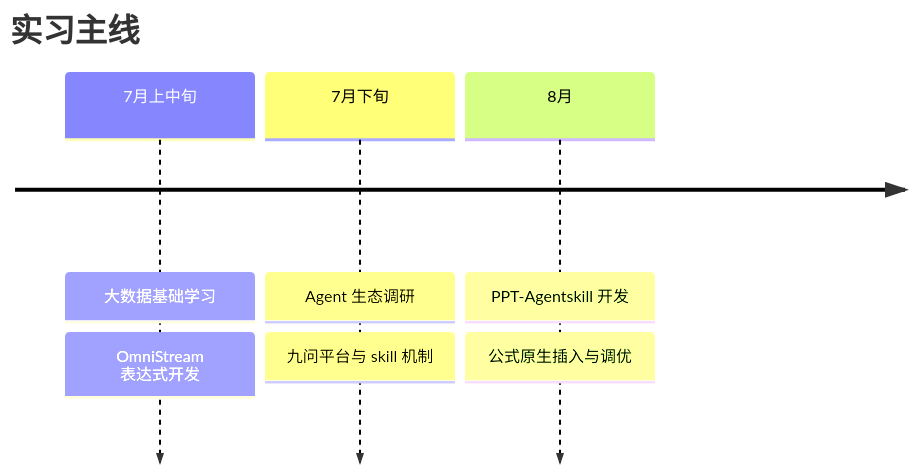
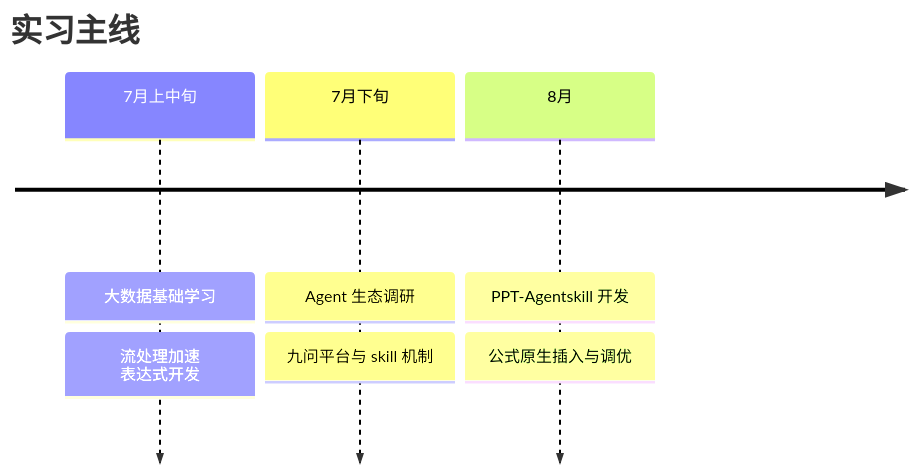
The second of 13 diagrams in backup/v1.md (int2t05/internship), drawn with Mermaid before and after one commit. The commit also changed other lines of this file and 7 other files, not shown here.

````diff
--- a/backup/v1.md
+++ b/backup/v1.md
@@ -39,7 +39,7 @@
 ```mermaid
 timeline
     title 实习主线
-    7月上中旬 : 大数据基础学习 : OmniStream 表达式开发
+    7月上中旬 : 大数据基础学习 : 流处理加速 表达式开发
     7月下旬   : Agent 生态调研 : 九问平台与 skill 机制
     8月      : PPT-Agentskill 开发 : 公式原生插入与调优
 ```
````
